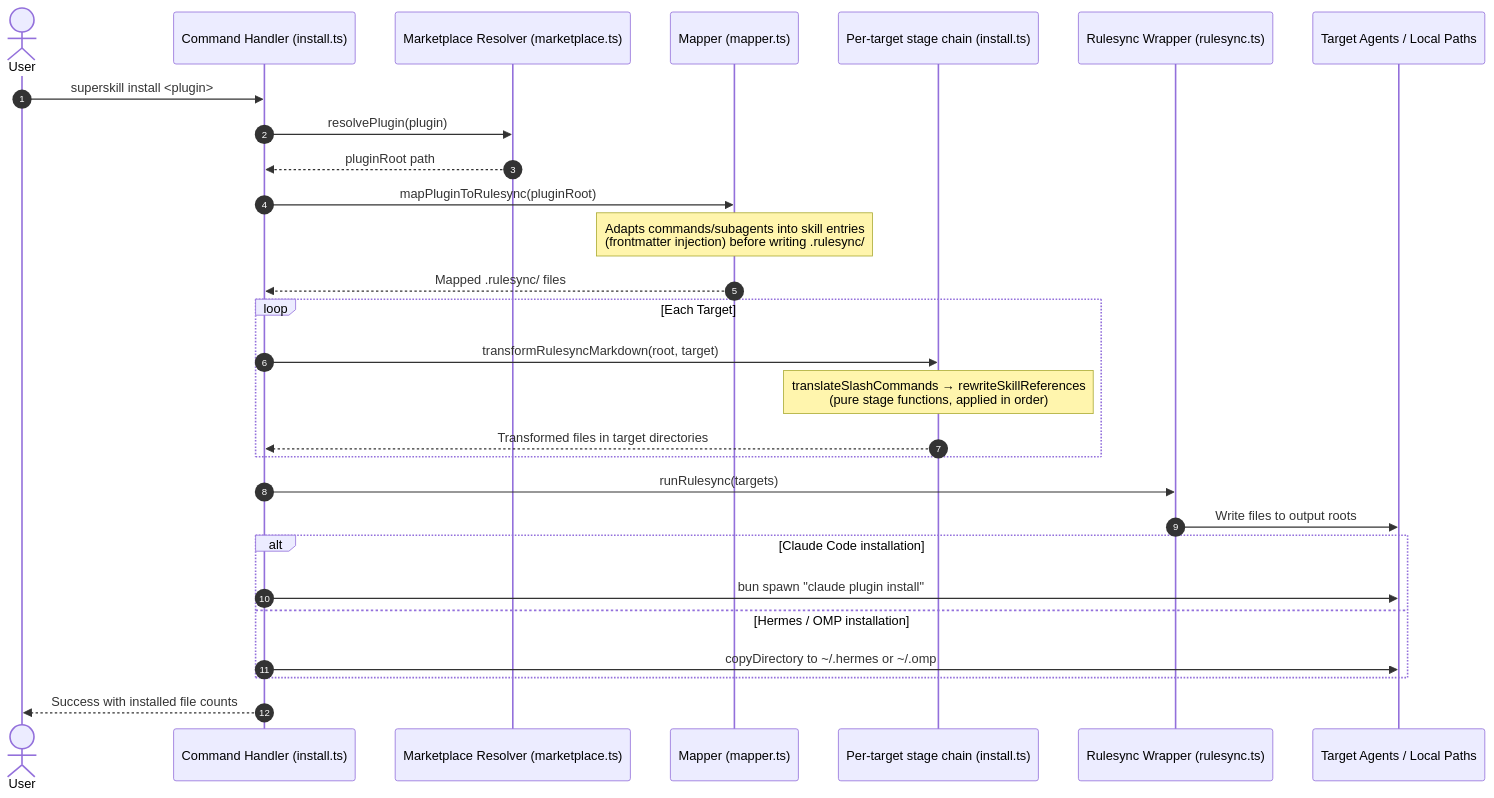
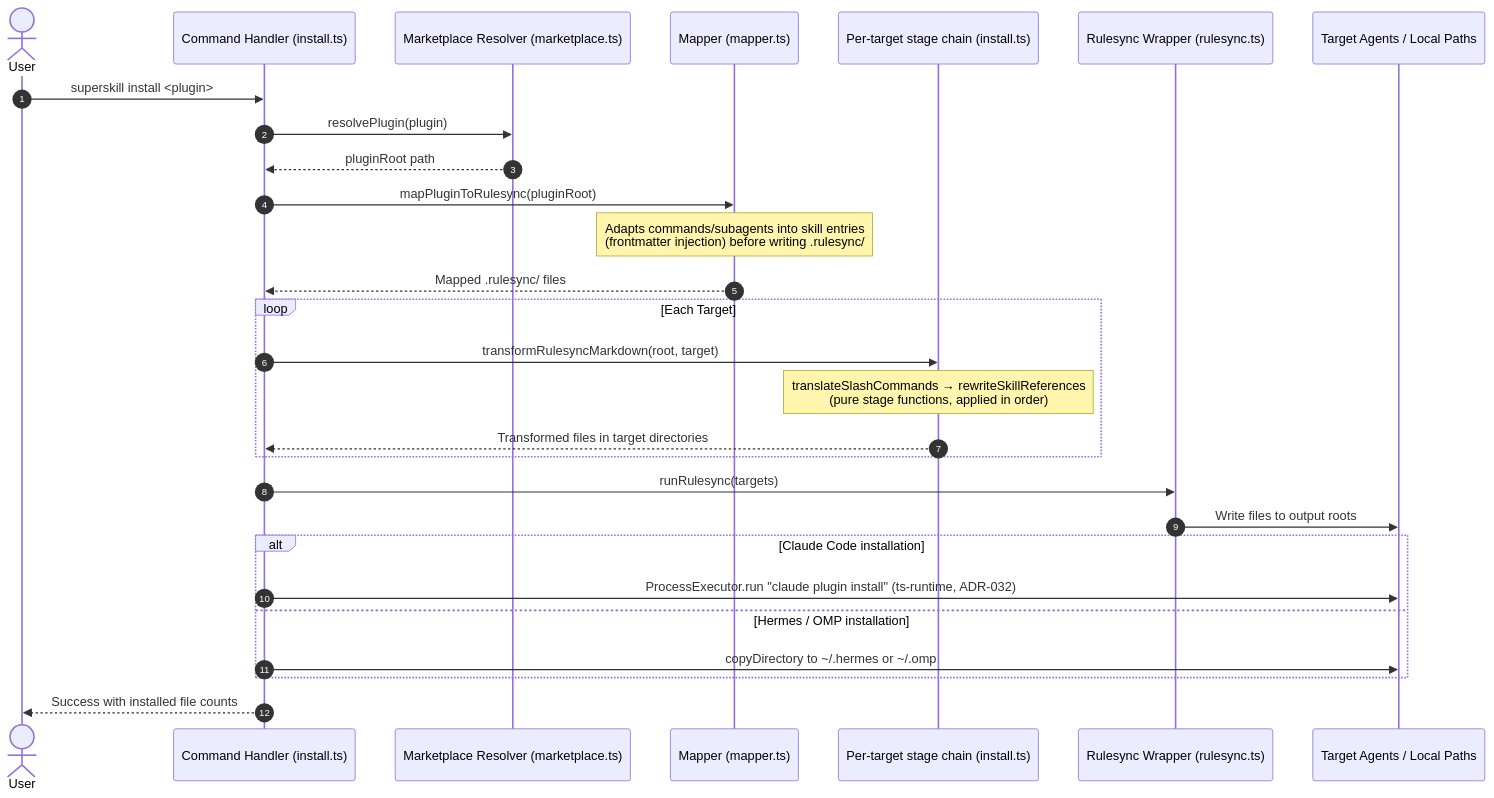
Before and after one commit to gobing-ai/superskill: the third of 8 diagrams in docs/03_ARCHITECTURE.md, drawn with Mermaid. The commit also changed 1 other file, not shown here.

Commit message:
docs: record ADR-032 (ProcessExecutor) and sync architecture diagram
- 00_ADR.md: add ADR-032 — process execution routes through ts-runtime ProcessExecutor,
  capturing the decision and rationale for replacing direct Bun.spawn in install paths
- 03_ARCHITECTURE.md: update the install sequence diagram to reference ProcessExecutor.run
  (ts-runtime, ADR-032) instead of 'bun spawn'

````diff
--- a/docs/03_ARCHITECTURE.md
+++ b/docs/03_ARCHITECTURE.md
@@ -345,31 +345,31 @@
 ```mermaid
 sequenceDiagram
     autonumber
     actor User
     participant CLI as Command Handler (install.ts)
     participant Marketplace as Marketplace Resolver (marketplace.ts)
     participant Mapper as Mapper (mapper.ts)
     participant Pipe as Per-target stage chain (install.ts)
     participant Rulesync as Rulesync Wrapper (rulesync.ts)
     participant Upstream as Target Agents / Local Paths
 
     User->>CLI: superskill install <plugin>
     CLI->>Marketplace: resolvePlugin(plugin)
     Marketplace-->>CLI: pluginRoot path
     CLI->>Mapper: mapPluginToRulesync(pluginRoot)
     Note over Mapper: Adapts commands/subagents into skill entries<br/>(frontmatter injection) before writing .rulesync/
     Mapper-->>CLI: Mapped .rulesync/ files
     loop Each Target
         CLI->>Pipe: transformRulesyncMarkdown(root, target)
         Note over Pipe: translateSlashCommands → rewriteSkillReferences<br/>(pure stage functions, applied in order)
         Pipe-->>CLI: Transformed files in target directories
     end
     CLI->>Rulesync: runRulesync(targets)
     Rulesync->>Upstream: Write files to output roots
     alt Claude Code installation
-        CLI->>Upstream: bun spawn "claude plugin install"
+        CLI->>Upstream: ProcessExecutor.run "claude plugin install" (ts-runtime, ADR-032)
     else Hermes / OMP installation
         CLI->>Upstream: copyDirectory to ~/.hermes or ~/.omp
     end
     CLI-->>User: Success with installed file counts
 ```
````
